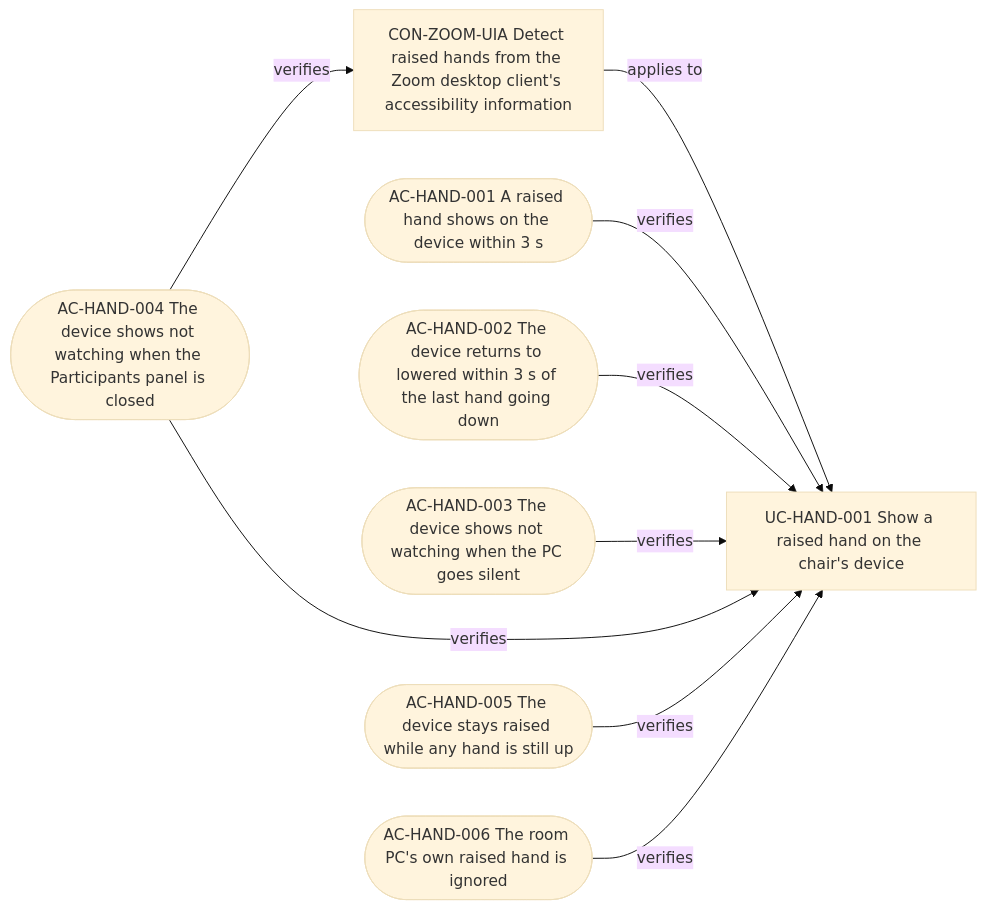
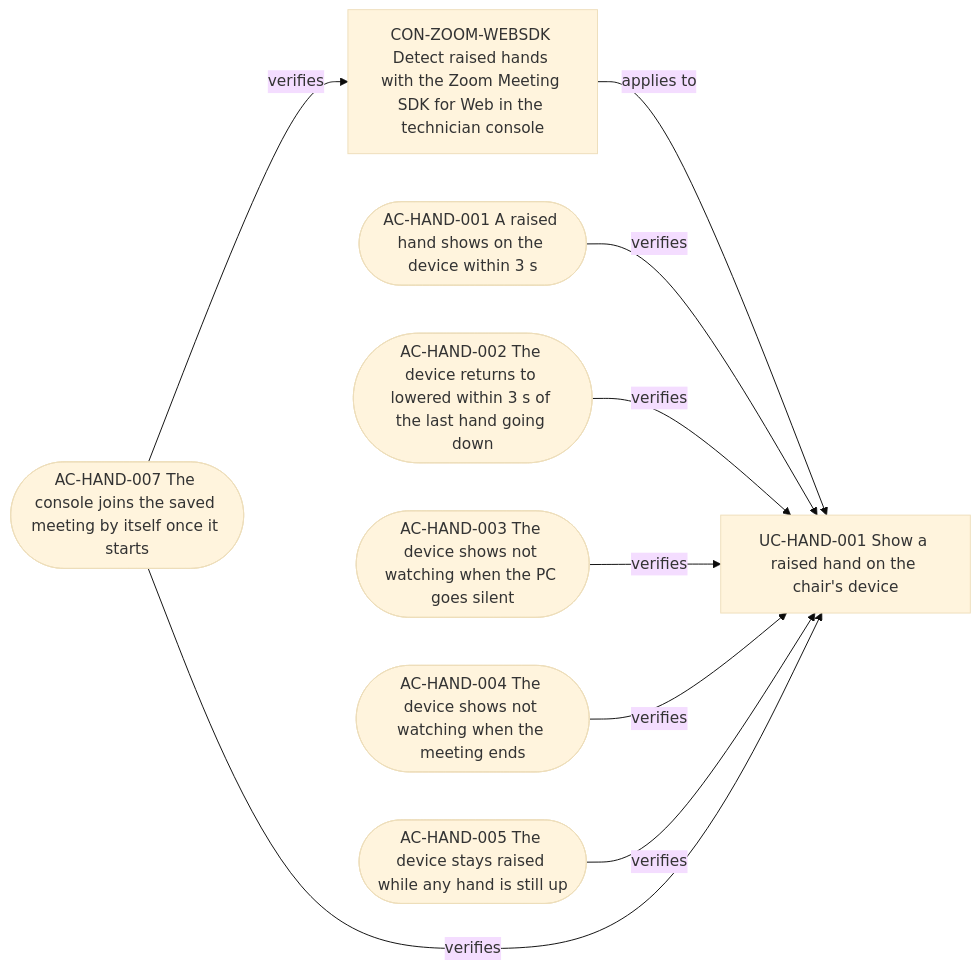
One commit to artosalminen/esp32-zoom-hand-raised changed the diagram in docs/specification/pages/hand-signal.md. Above: the diagram before and after it, drawn with Mermaid (base theme). The commit also changed other lines of this file and 27 other files, not shown here.

First line of the commit message:
Spec: detect raised hands through a Web SDK technician console

````diff
--- a/docs/specification/pages/hand-signal.md
+++ b/docs/specification/pages/hand-signal.md
@@ -100,19 +104,19 @@
 ```mermaid
 flowchart LR
   n_UC_HAND_001["UC-HAND-001 Show a raised hand on the chair's device"]
-  n_CON_ZOOM_UIA["CON-ZOOM-UIA Detect raised hands from the Zoom desktop client's accessibility information"]
-  n_CON_ZOOM_UIA -->|applies to| n_UC_HAND_001
+  n_CON_ZOOM_WEBSDK["CON-ZOOM-WEBSDK Detect raised hands with the Zoom Meeting SDK for Web in the technician console"]
+  n_CON_ZOOM_WEBSDK -->|applies to| n_UC_HAND_001
   n_AC_HAND_001(["AC-HAND-001 A raised hand shows on the device within 3 s"])
   n_AC_HAND_002(["AC-HAND-002 The device returns to lowered within 3 s of the last hand going down"])
   n_AC_HAND_003(["AC-HAND-003 The device shows not watching when the PC goes silent"])
-  n_AC_HAND_004(["AC-HAND-004 The device shows not watching when the Participants panel is closed"])
+  n_AC_HAND_004(["AC-HAND-004 The device shows not watching when the meeting ends"])
   n_AC_HAND_005(["AC-HAND-005 The device stays raised while any hand is still up"])
-  n_AC_HAND_006(["AC-HAND-006 The room PC's own raised hand is ignored"])
+  n_AC_HAND_007(["AC-HAND-007 The console joins the saved meeting by itself once it starts"])
   n_AC_HAND_001 -->|verifies| n_UC_HAND_001
   n_AC_HAND_002 -->|verifies| n_UC_HAND_001
   n_AC_HAND_003 -->|verifies| n_UC_HAND_001
   n_AC_HAND_004 -->|verifies| n_UC_HAND_001
   n_AC_HAND_005 -->|verifies| n_UC_HAND_001
-  n_AC_HAND_006 -->|verifies| n_UC_HAND_001
-  n_AC_HAND_004 -->|verifies| n_CON_ZOOM_UIA
+  n_AC_HAND_007 -->|verifies| n_UC_HAND_001
+  n_AC_HAND_007 -->|verifies| n_CON_ZOOM_WEBSDK
 ```
````
